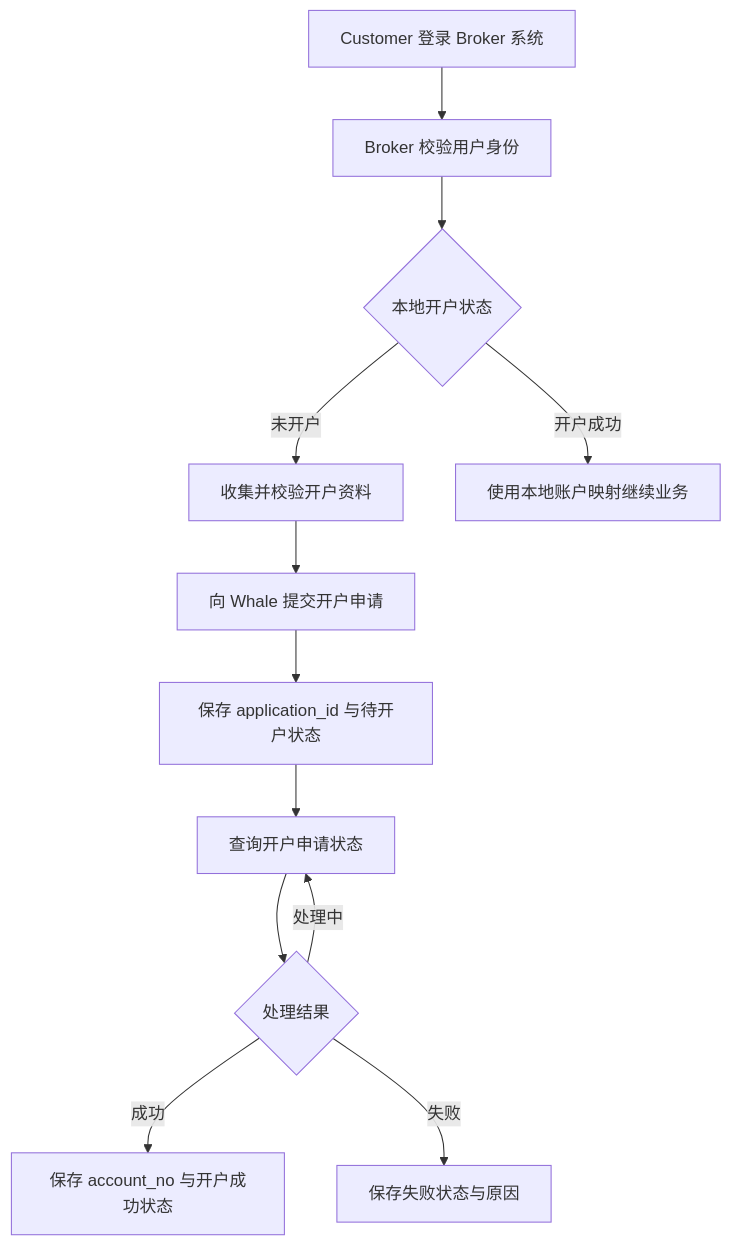
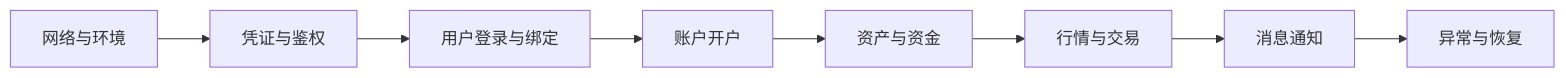
One commit to longbridge/whale-docs changed the diagram in cn/docs/implementation.mdx. Above: the diagram before and after it, drawn with Mermaid. The commit also changed other lines of this file and 37 other files, not shown here.

````diff
--- a/cn/docs/implementation.mdx
+++ b/cn/docs/implementation.mdx
@@ -14,14 +22,10 @@
 ```mermaid
-flowchart TD
-    A[Customer 登录 Broker 系统] --> B[Broker 校验用户身份]
-    B --> C{本地开户状态}
-    C -- 未开户 --> D[收集并校验开户资料]
-    D --> E[向 Whale 提交开户申请]
-    E --> F[保存 application_id 与待开户状态]
-    F --> G[查询开户申请状态]
-    G --> H{处理结果}
-    H -- 处理中 --> G
-    H -- 成功 --> I[保存 account_no 与开户成功状态]
-    H -- 失败 --> J[保存失败状态与原因]
-    C -- 开户成功 --> K[使用本地账户映射继续业务]
+flowchart LR
+    A[网络与环境] --> B[凭证与鉴权]
+    B --> C[用户登录与绑定]
+    C --> D[账户开户]
+    D --> E[资产与资金]
+    E --> F[行情与交易]
+    F --> G[消息通知]
+    G --> H[异常与恢复]
 ```
````
